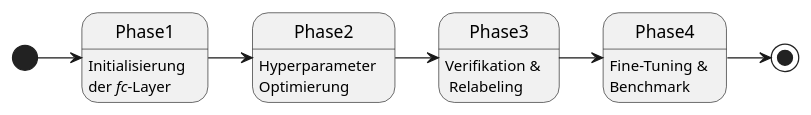
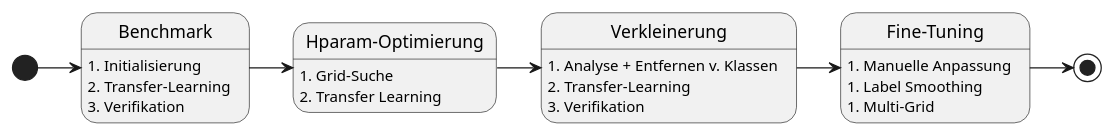
The diagram in fig/phases.puml (simnado/Master-Thesis), drawn with PlantUML before and after one commit. The commit also changed 13 other files, not shown here.

```diff
--- a/fig/phases.puml
+++ b/fig/phases.puml
@@ -1,15 +1,27 @@
 @startuml
+
+state "Benchmark" as Phase1
+state "Hparam-Optimierung" as Phase2
+state "Verkleinerung" as Phase3
+state "Fine-Tuning" as Phase4
 
 [*] -> Phase1
 Phase1 -> Phase2
 Phase2 -> Phase3
 Phase3 -> Phase4
 Phase4 -> [*]
 
-Phase1 : Initialisierung \nder //fc//-Layer
-Phase2 : Hyperparameter\nOptimierung
-Phase3 : Verifikation &\n Relabeling
-Phase4 : Fine-Tuning &\nBenchmark
+Phase1 : 1. Initialisierung
+Phase1 : 2. Transfer-Learning
+Phase1 : 3. Verifikation
+Phase2 : 1. Grid-Suche
+Phase2 : 2. Transfer Learning
+Phase3 : 1. Analyse + Entfernen v. Klassen
+Phase3 : 2. Transfer-Learning
+Phase3 : 3. Verifikation
+Phase4 : 1. Manuelle Anpassung
+Phase4 : 1. Label Smoothing
+Phase4 : 1. Multi-Grid
 
 
 @enduml
```
